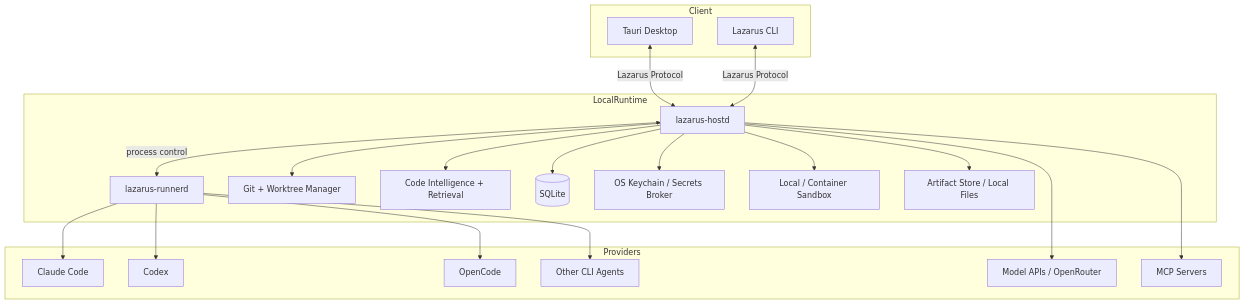
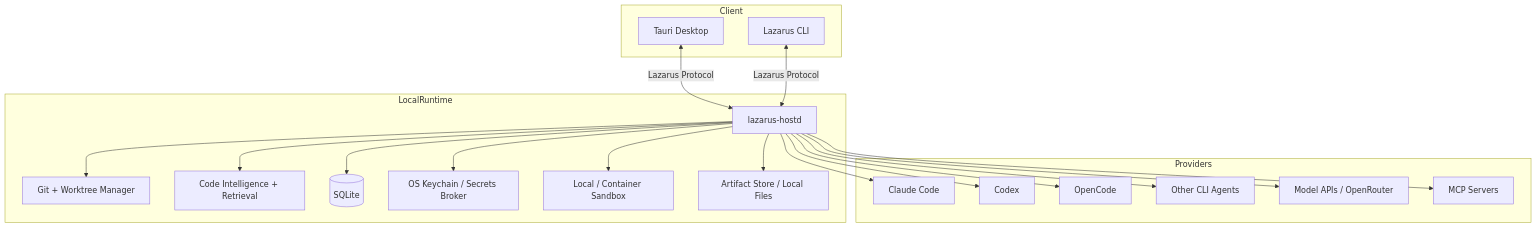
Before and after one commit to prabhash1889/lazarus: the second of 2 diagrams in LAZARUS_INITIAL_PLAN.md, drawn with Mermaid. The commit also changed other lines of this file and 1 other file, not shown here.

````diff
--- a/LAZARUS_INITIAL_PLAN.md
+++ b/LAZARUS_INITIAL_PLAN.md
@@ -414,45 +449,43 @@
 ```mermaid
 flowchart TB
   subgraph Client
     Desktop[Tauri Desktop]
     CLI[Lazarus CLI]
   end
 
   subgraph LocalRuntime
     Host[lazarus-hostd]
-    Runner[lazarus-runnerd]
     Git[Git + Worktree Manager]
     Index[Code Intelligence + Retrieval]
     DB[(SQLite)]
     Secret[OS Keychain / Secrets Broker]
     Sandbox[Local / Container Sandbox]
     Artifacts[Artifact Store / Local Files]
   end
 
   subgraph Providers
     Claude[Claude Code]
     Codex[Codex]
     OpenCode[OpenCode]
     OtherCLI[Other CLI Agents]
     APIs[Model APIs / OpenRouter]
     MCP[MCP Servers]
   end
 
   Desktop <-->|Lazarus Protocol| Host
   CLI <-->|Lazarus Protocol| Host
 
-  Host <-->|process control| Runner
   Host --> Git
   Host --> Index
   Host --> DB
   Host --> Secret
   Host --> Sandbox
   Host --> Artifacts
 
-  Runner --> Claude
-  Runner --> Codex
-  Runner --> OpenCode
-  Runner --> OtherCLI
+  Host --> Claude
+  Host --> Codex
+  Host --> OpenCode
+  Host --> OtherCLI
   Host --> APIs
   Host --> MCP
 ```
````
